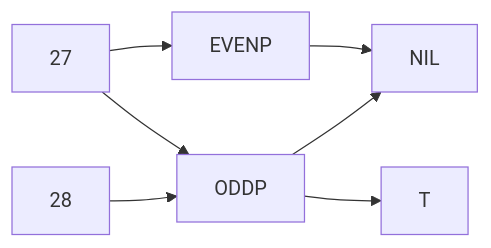
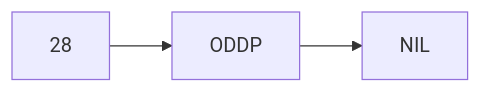
The first of 2 diagrams in docs/devcommonlisplab/functions-and-data.md (bahyway/DevCommonLispLAB), drawn with Mermaid before and after one commit.

Commit message:
GITBOOK-10: change request with no subject merged in GitBook

````diff
--- a/docs/devcommonlisplab/functions-and-data.md
+++ b/docs/devcommonlisplab/functions-and-data.md
@@ -35,6 +35,6 @@
 ```mermaid
+
 flowchart LR
-28 --> ODDP --> NIL
-27 --> ODDP --> T
-27 --> EVENP --> NIL
+28 --> ODDP 
+ODDP --> NIL
 ```
````
